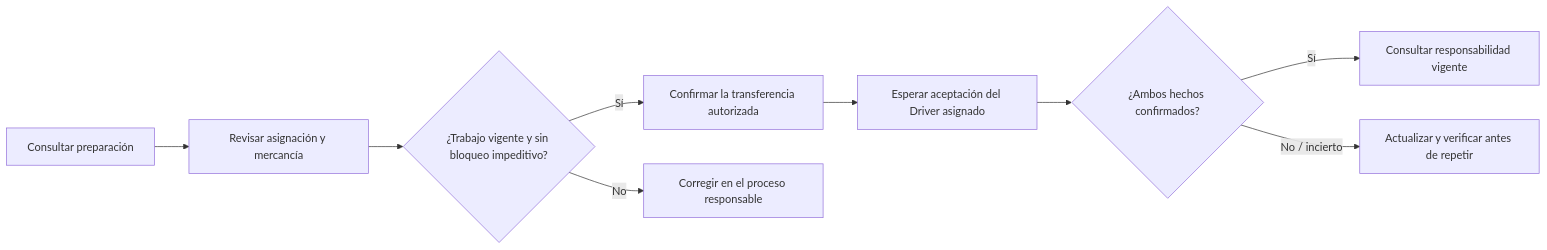
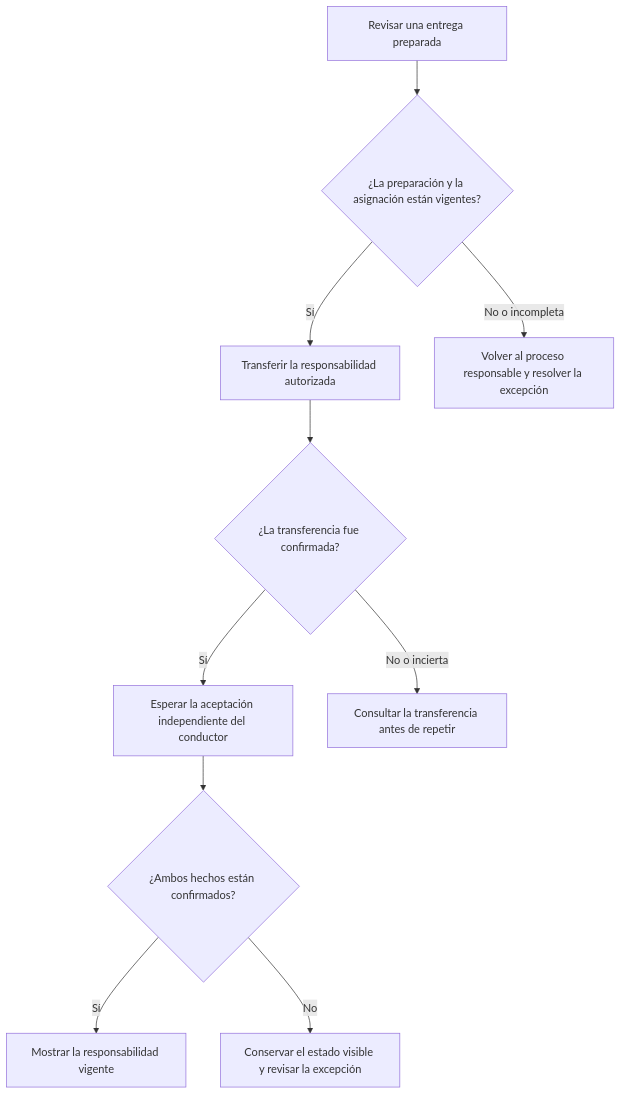
The third of 5 diagrams in report/03-solution-ui-ux-design/3.1-product-design/3.1.4-mobile-applications-ux-ui-design/3.1.4.4-mobile-application-user-flows.md (nexa-suite/mobile-report), drawn with Mermaid before and after one commit. The commit also changed other lines of this file, not shown here.

Commit message:
docs(ch3): clarify user flows and recovery paths

````diff
--- a/report/03-solution-ui-ux-design/3.1-product-design/3.1.4-mobile-applications-ux-ui-design/3.1.4.4-mobile-application-user-flows.md
+++ b/report/03-solution-ui-ux-design/3.1-product-design/3.1.4-mobile-applications-ux-ui-design/3.1.4.4-mobile-application-user-flows.md
@@ -109,11 +91,12 @@
-```mermaid
-flowchart LR
-  A["Consultar preparación"] --> B["Revisar asignación y mercancía"]
-  B --> C{"¿Trabajo vigente y sin bloqueo impeditivo?"}
-  C -->|"Sí"| D["Confirmar la transferencia autorizada"]
-  C -->|"No"| E["Corregir en el proceso responsable"]
-  D --> F["Esperar aceptación del Driver asignado"]
-  F --> G{"¿Ambos hechos confirmados?"}
-  G -->|"Sí"| H["Consultar responsabilidad vigente"]
-  G -->|"No / incierto"| I["Actualizar y verificar antes de repetir"]
-```
+~~~mermaid
+flowchart TB
+  A["Revisar una entrega preparada"] --> B{"¿La preparación y la asignación están vigentes?"}
+  B -->|"Sí"| C["Transferir la responsabilidad autorizada"]
+  B -->|"No o incompleta"| D["Volver al proceso responsable y resolver la excepción"]
+  C --> E{"¿La transferencia fue confirmada?"}
+  E -->|"Sí"| F["Esperar la aceptación independiente del conductor"]
+  E -->|"No o incierta"| G["Consultar la transferencia antes de repetir"]
+  F --> H{"¿Ambos hechos están confirmados?"}
+  H -->|"Sí"| I["Mostrar la responsabilidad vigente"]
+  H -->|"No"| J["Conservar el estado visible y revisar la excepción"]
+~~~
````
